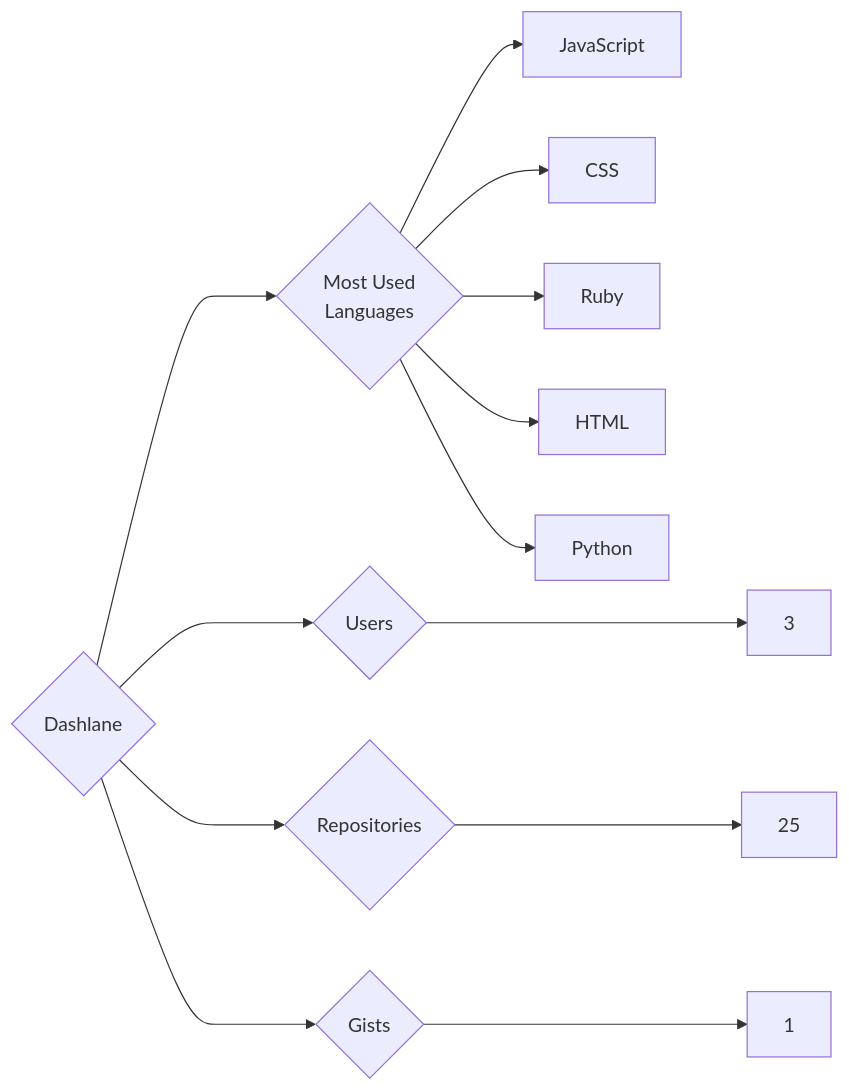
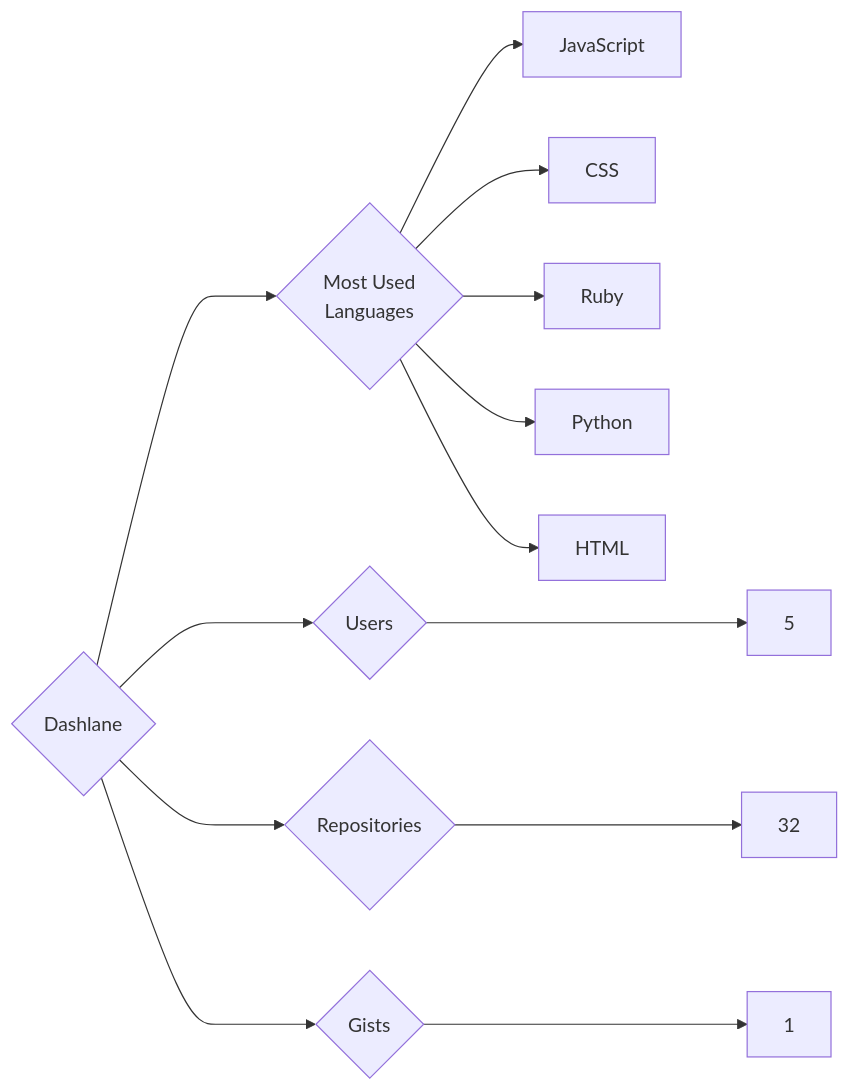
The diagram in targets/Dashlane/README.md (trickest/insiders), drawn with Mermaid before and after one commit. The commit also changed 1166 other files, not shown here.

````diff
--- a/targets/Dashlane/README.md
+++ b/targets/Dashlane/README.md
@@ -3,13 +3,13 @@
 ```mermaid
 graph LR
 COMPANY_NAME{Dashlane}
-COMPANY_NAME ---> U{Users} ---> UN[3]
-COMPANY_NAME ---> R{Repositories} ---> RN[25]
+COMPANY_NAME ---> U{Users} ---> UN[5]
+COMPANY_NAME ---> R{Repositories} ---> RN[32]
 COMPANY_NAME ---> G{Gists} ---> GN[1]
 COMPANY_NAME ---> ML{Most Used<br>Languages}
 ML --> JavaScript[JavaScript]
 ML --> CSS[CSS]
 ML --> Ruby[Ruby]
+ML --> Python[Python]
 ML --> HTML[HTML]
-ML --> Python[Python]
 ```
````
